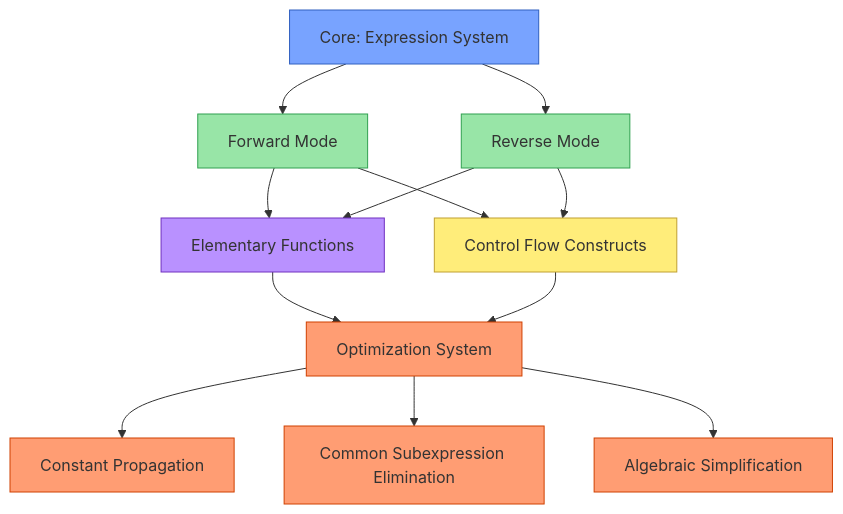
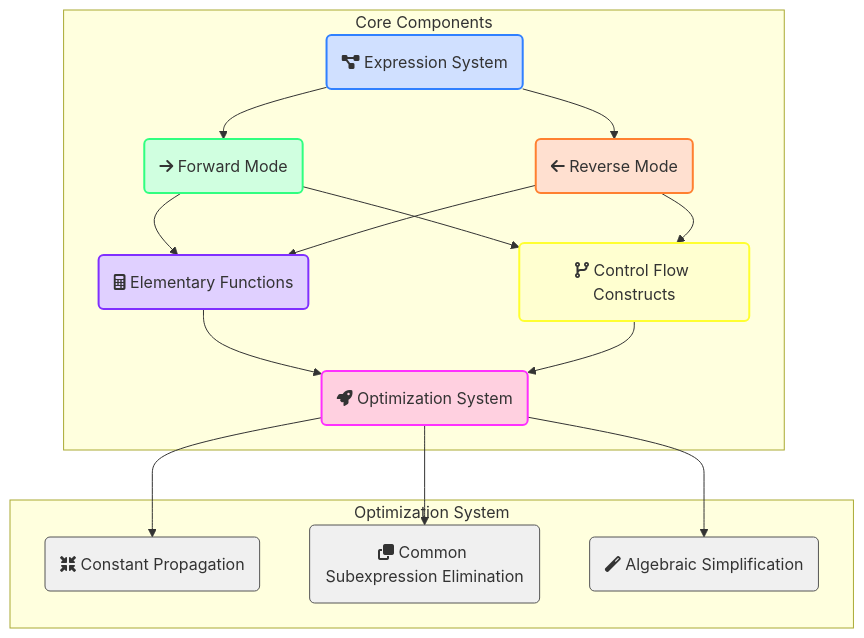
One commit to rdguerrerom/AutoDiff changed the first of 5 diagrams in README.md. Above: the diagram before and after it, drawn with Mermaid. The commit also changed other lines of this file, not shown here.

````diff
--- a/README.md
+++ b/README.md
@@ -61,25 +61,43 @@
 ```mermaid
 flowchart TD
-    A["Core: Expression System"] --> B["Forward Mode"]
-    A --> C["Reverse Mode"]
-    B --> D["Elementary Functions"]
-    C --> D
-    B --> E["Control Flow Constructs"]
-    C --> E
-    D --> F["Optimization System"]
-    E --> F
+    %% Core Components
+    subgraph "Core Components"
+        A("fa:fa-project-diagram Expression System")
+        B("fa:fa-arrow-right Forward Mode")
+        C("fa:fa-arrow-left Reverse Mode")
+        D("fa:fa-calculator Elementary Functions")
+        E("fa:fa-code-branch Control Flow Constructs")
+        F("fa:fa-rocket Optimization System")
+        
+        A --> B
+        A --> C
+        B --> D
+        C --> D
+        B --> E
+        C --> E
+        D --> F
+        E --> F
+    end
     
-    F --> G["Constant Propagation"]
-    F --> H["Common Subexpression Elimination"]
-    F --> I["Algebraic Simplification"]
+    %% Optimization System
+    subgraph "Optimization System"
+        G("fa:fa-compress-arrows-alt Constant Propagation")
+        H("fa:fa-clone Common Subexpression Elimination")
+        I("fa:fa-magic Algebraic Simplification")
+        
+        F --> G
+        F --> H
+        F --> I
+    end
     
-    style A fill:#78a3ff,stroke:#3060c0
-    style B fill:#98e5a7,stroke:#30a050
-    style C fill:#98e5a7,stroke:#30a050
-    style D fill:#b991ff,stroke:#7030c0
-    style E fill:#ffed7a,stroke:#c0a030
-    style F fill:#ff9d73,stroke:#d04000
-    style G fill:#ff9d73,stroke:#d04000
-    style H fill:#ff9d73,stroke:#d04000
-    style I fill:#ff9d73,stroke:#d04000
+    %% Styling
+    style A fill:#d0e0ff,stroke:#3080ff,stroke-width:2px
+    style B fill:#d0ffe0,stroke:#30ff80,stroke-width:2px
+    style C fill:#ffe0d0,stroke:#ff8030,stroke-width:2px
+    style D fill:#e0d0ff,stroke:#8030ff,stroke-width:2px
+    style E fill:#ffffd0,stroke:#ffff30,stroke-width:2px
+    style F fill:#ffd0e0,stroke:#ff30ff,stroke-width:2px
+    style G fill:#f0f0f0,stroke:#555555,stroke-width:1px
+    style H fill:#f0f0f0,stroke:#555555,stroke-width:1px
+    style I fill:#f0f0f0,stroke:#555555,stroke-width:1px
 ```
````
